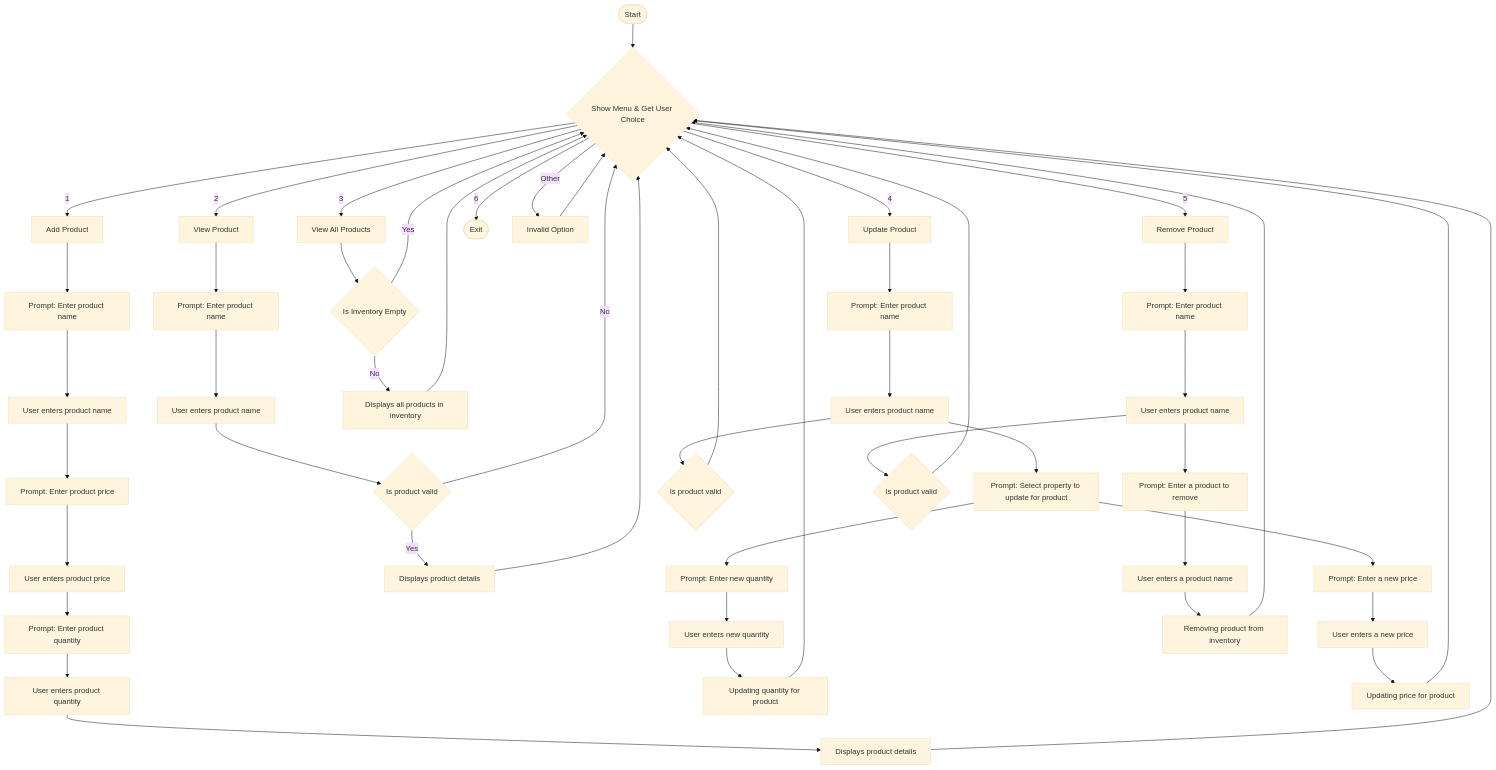
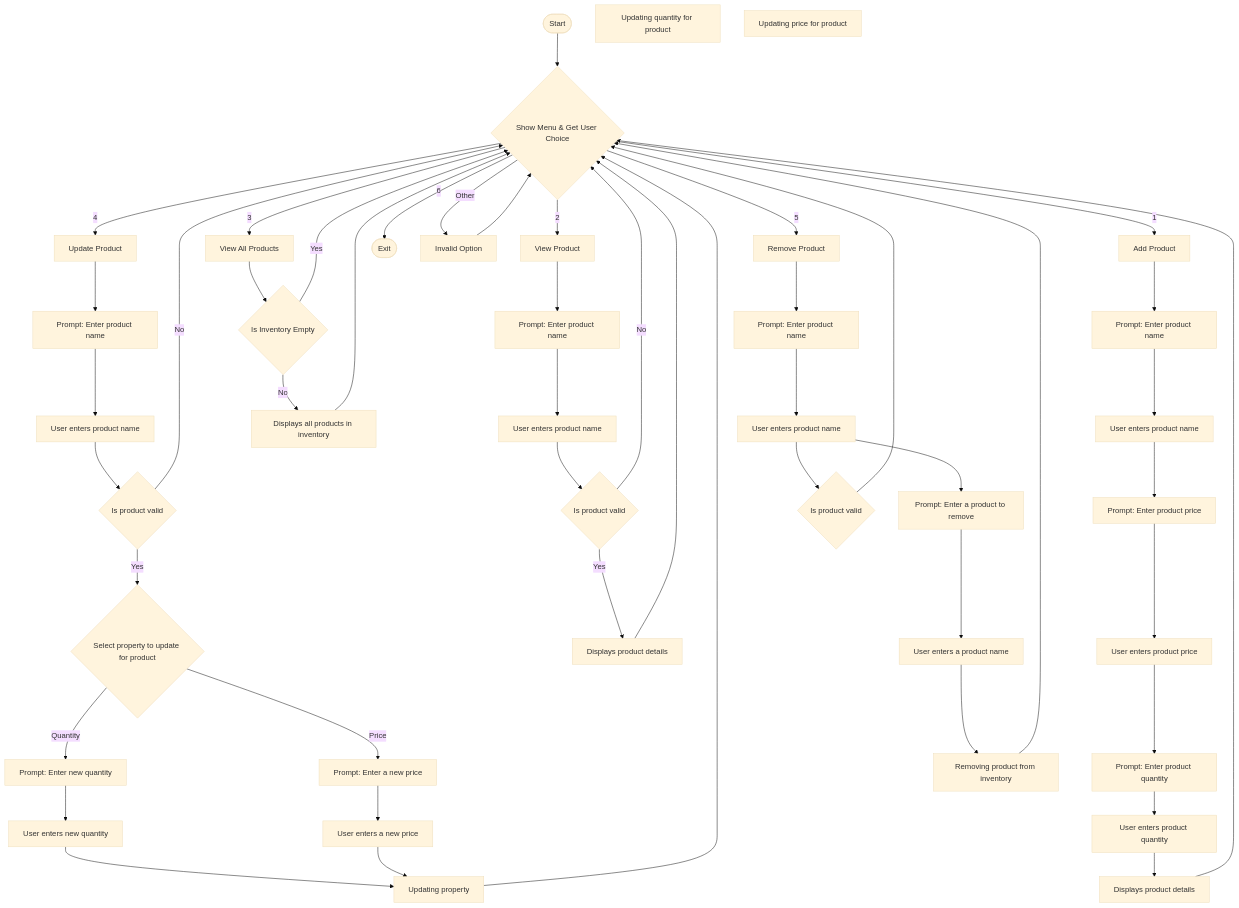
The diagram in flowchart.mmd (AdrianM10/inventory-mgmt-system), drawn with Mermaid (base theme) before and after one commit. The commit also changed 1 other file, not shown here.

Commit message:
Update update flow , add decision points for enhanced clarity

```diff
--- a/flowchart.mmd
+++ b/flowchart.mmd
@@ -1,66 +1,68 @@
 flowchart TD
     Start([Start])
     Menu{Show Menu & Get User Choice}
     Add[Add Product]
     GetProductName[Prompt: Enter product name]
     SetProductName[User enters product name]
     GetProductPrice[Prompt: Enter product price]
     SetProductPrice[User enters product price]
     GetProductQty[Prompt: Enter product quantity]
     SetProductQty[User enters product quantity]
     DisplayAddProduct[Displays product details] 
     
     ViewOne[View Product]
     DisplayViewProduct[Displays product details]    
     GetProductViewOneName[Prompt: Enter product name]
     SetProductViewOneName[User enters product name]
     InvalidProduct{Is product valid}
     
     ViewAll[View All Products]
     InventoryEmpty{Is Inventory Empty}
     DisplayProducts[Displays all products in inventory]
     
     Update[Update Product]
     GetProductUpdateName[Prompt: Enter product name]
     SetProductUpdateName[User enters product name]
-    UpdateProperty[Prompt: Select property to update for product]
+    UpdateProperty{Select property to update for product}
     GetUpdateQty[Prompt: Enter new quantity]
     SetUpdateQty[User enters new quantity]
     UpdatedQtyMsg[Updating quantity for product]
     GetUpdatePrice[Prompt: Enter a new price]
     SetUpdatePrice[User enters a new price]
     UpdatedPriceMsg[Updating price for product]
     InvalidProductUpdate{Is product valid}
+    PostUpdatedProperty[Updating property]
 
     
     Remove[Remove Product]
     GetProductRemovalName[Prompt: Enter product name]
     SetProductRemovalName[User enters product name]
     GetRemovalProduct[Prompt: Enter a product to remove]
     SetRemovalProduct[User enters a product name]
     RemovalMsg[Removing product from inventory]
     InvalidProductRemoval{Is product valid}
     
     Exit([Exit])
     Invalid[Invalid Option]
 
     Start --> Menu
     Menu -->|1| Add
     Add --> GetProductName --> SetProductName --> GetProductPrice --> SetProductPrice --> GetProductQty --> SetProductQty --> DisplayAddProduct --> Menu
     Menu -->|2| ViewOne
     ViewOne --> GetProductViewOneName --> SetProductViewOneName --> InvalidProduct -- Yes --> DisplayViewProduct --> Menu
     InvalidProduct -- No --> Menu
     Menu -->|3| ViewAll
     ViewAll --> InventoryEmpty -- Yes --> Menu
     InventoryEmpty -- No --> DisplayProducts --> Menu
     Menu -->|4| Update
-    Update --> GetProductUpdateName --> SetProductUpdateName --> UpdateProperty
-    SetProductUpdateName --> InvalidProductUpdate --> Menu
-    UpdateProperty --> GetUpdateQty --> SetUpdateQty --> UpdatedQtyMsg --> Menu
-    UpdateProperty --> GetUpdatePrice --> SetUpdatePrice --> UpdatedPriceMsg --> Menu
+    Update --> GetProductUpdateName --> SetProductUpdateName --> InvalidProductUpdate -- Yes --> UpdateProperty
+    InvalidProductUpdate -- No --> Menu
+    UpdateProperty -- Quantity --> GetUpdateQty --> SetUpdateQty --> PostUpdatedProperty
+    UpdateProperty -- Price --> GetUpdatePrice --> SetUpdatePrice --> PostUpdatedProperty
+    PostUpdatedProperty --> Menu
     Menu -->|5| Remove
     Remove --> GetProductRemovalName --> SetProductRemovalName --> GetRemovalProduct --> SetRemovalProduct --> RemovalMsg --> Menu
     SetProductRemovalName --> InvalidProductRemoval --> Menu
     Menu -->|6| Exit
     Menu -->|Other| Invalid
     Invalid --> Menu
```
